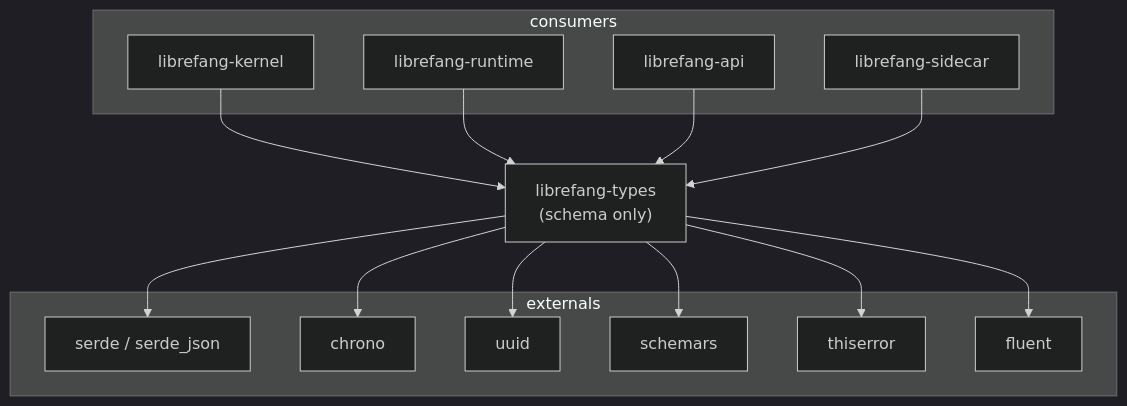
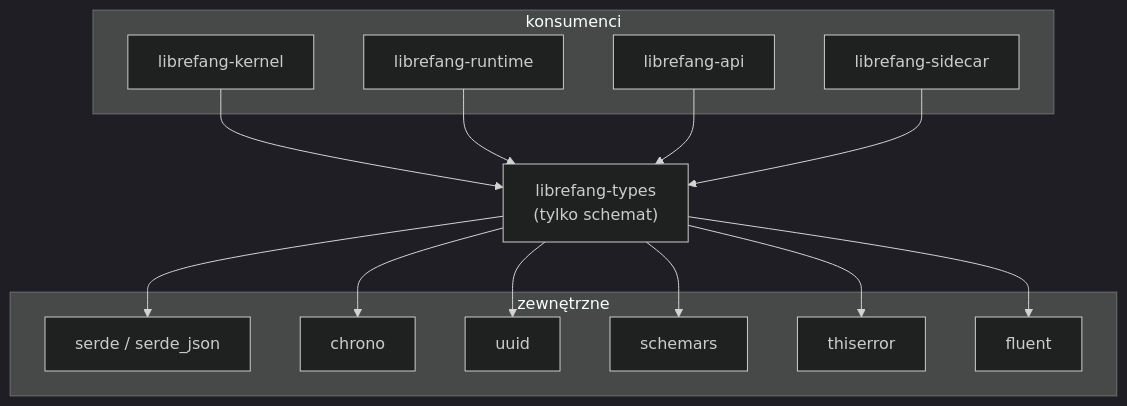
One commit to leszek3737/librefang-WIki changed the diagram in crates-librefang-types.md. Above: the diagram before and after it, drawn with Mermaid (dark theme). The commit also changed other lines of this file and 104 other files, not shown here.

````diff
--- a/crates-librefang-types.md
+++ b/crates-librefang-types.md
@@ -9,32 +9,32 @@
 ```mermaid
 graph TD
-    TYPES["librefang-types<br/>(schema only)"]
+    TYPES["librefang-types<br/>(tylko schemat)"]
 
-    subgraph consumers
+    subgraph konsumenci
         KERNEL[librefang-kernel]
         RUNTIME[librefang-runtime]
         API[librefang-api]
         SIDECAR[librefang-sidecar]
     end
 
     KERNEL --> TYPES
     RUNTIME --> TYPES
     API --> TYPES
     SIDECAR --> TYPES
 
-    subgraph externals
+    subgraph zewnętrzne
         SERDE[serde / serde_json]
         CHRONO[chrono]
         UUID[uuid]
         SCHEMARS[schemars]
         THISERROR[thiserror]
         FLUENT[fluent]
     end
 
     TYPES --> SERDE
     TYPES --> CHRONO
     TYPES --> UUID
     TYPES --> SCHEMARS
     TYPES --> THISERROR
     TYPES --> FLUENT
 ```
````
